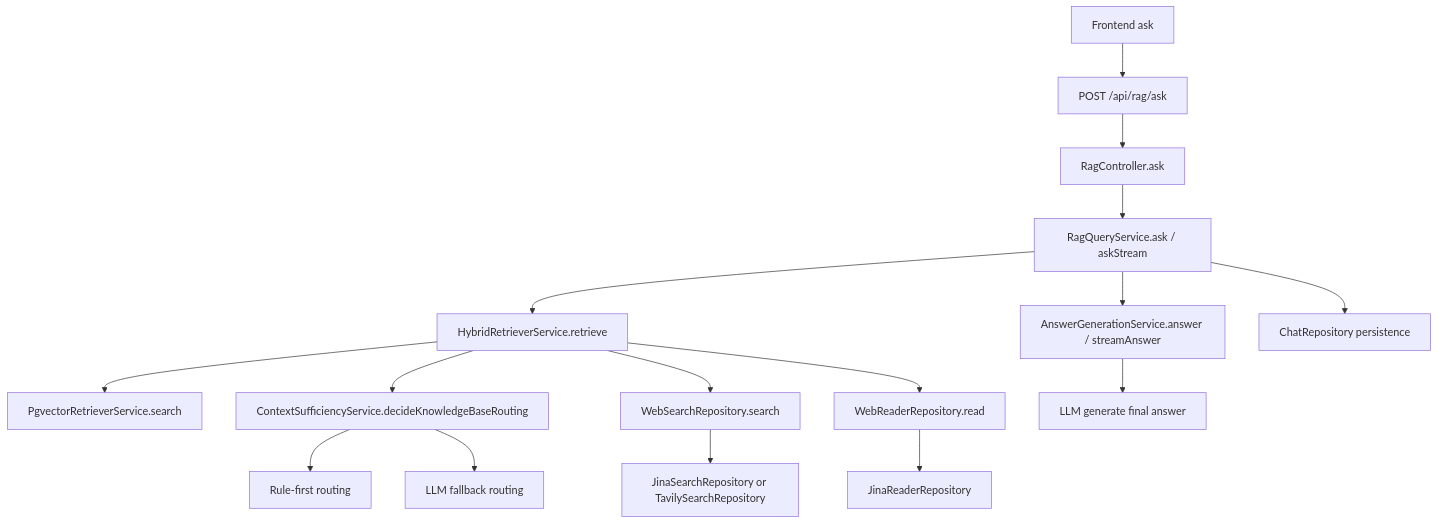
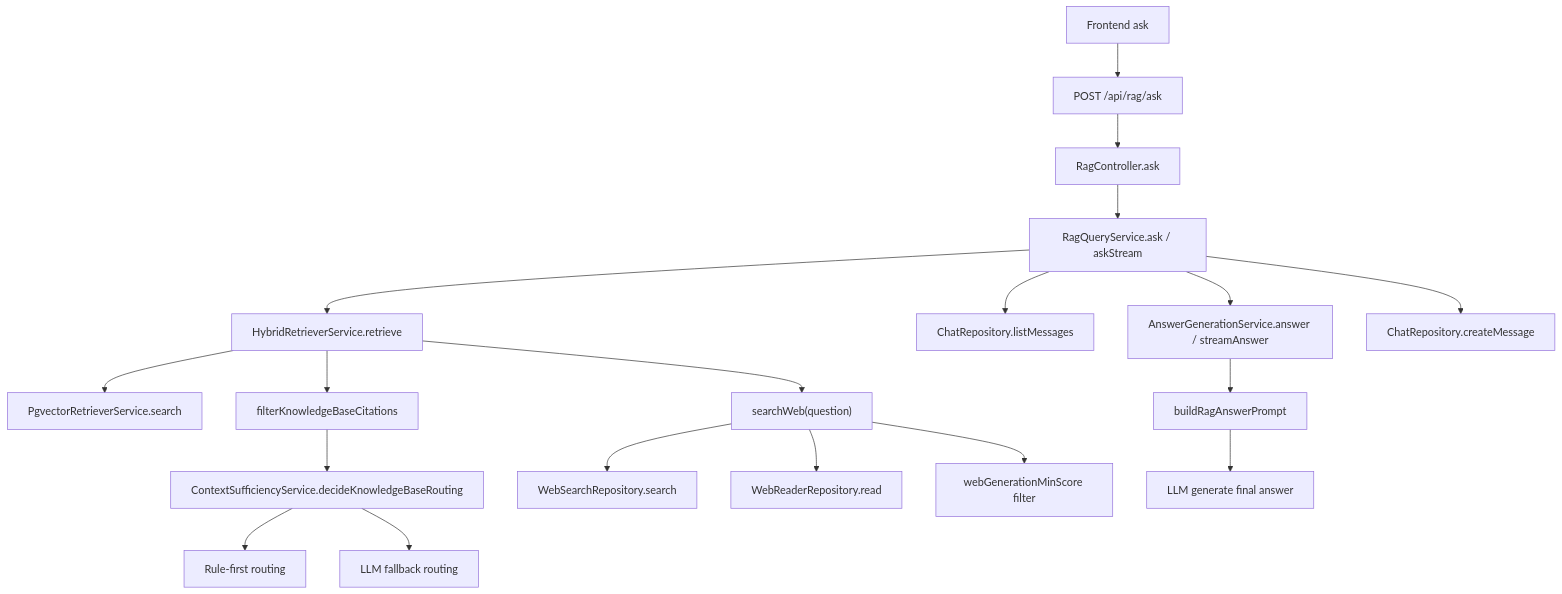
The diagram in docs/architecture/rag-routing-pipeline.md (Hugh-Shen/assistant), drawn with Mermaid before and after one commit. The commit also changed other lines of this file and 20 other files, not shown here.

Commit message:
feat: Optimize answer interaction and recall generation

````diff
--- a/docs/architecture/rag-routing-pipeline.md
+++ b/docs/architecture/rag-routing-pipeline.md
@@ -21,18 +34,21 @@
 ```mermaid
 flowchart TD
   A["Frontend ask"] --> B["POST /api/rag/ask"]
   B --> C["RagController.ask"]
   C --> D["RagQueryService.ask / askStream"]
   D --> E["HybridRetrieverService.retrieve"]
   E --> F["PgvectorRetrieverService.search"]
-  E --> G["ContextSufficiencyService.decideKnowledgeBaseRouting"]
-  G --> H["Rule-first routing"]
-  G --> I["LLM fallback routing"]
-  E --> J["WebSearchRepository.search"]
-  J --> K["JinaSearchRepository or TavilySearchRepository"]
-  E --> L["WebReaderRepository.read"]
-  L --> M["JinaReaderRepository"]
-  D --> N["AnswerGenerationService.answer / streamAnswer"]
-  N --> O["LLM generate final answer"]
-  D --> P["ChatRepository persistence"]
+  E --> G["filterKnowledgeBaseCitations"]
+  G --> H["ContextSufficiencyService.decideKnowledgeBaseRouting"]
+  H --> I["Rule-first routing"]
+  H --> J["LLM fallback routing"]
+  E --> K["searchWeb(question)"]
+  K --> L["WebSearchRepository.search"]
+  K --> M["WebReaderRepository.read"]
+  K --> N["webGenerationMinScore filter"]
+  D --> O["ChatRepository.listMessages"]
+  D --> P["AnswerGenerationService.answer / streamAnswer"]
+  P --> Q["buildRagAnswerPrompt"]
+  Q --> R["LLM generate final answer"]
+  D --> S["ChatRepository.createMessage"]
 ```
````
